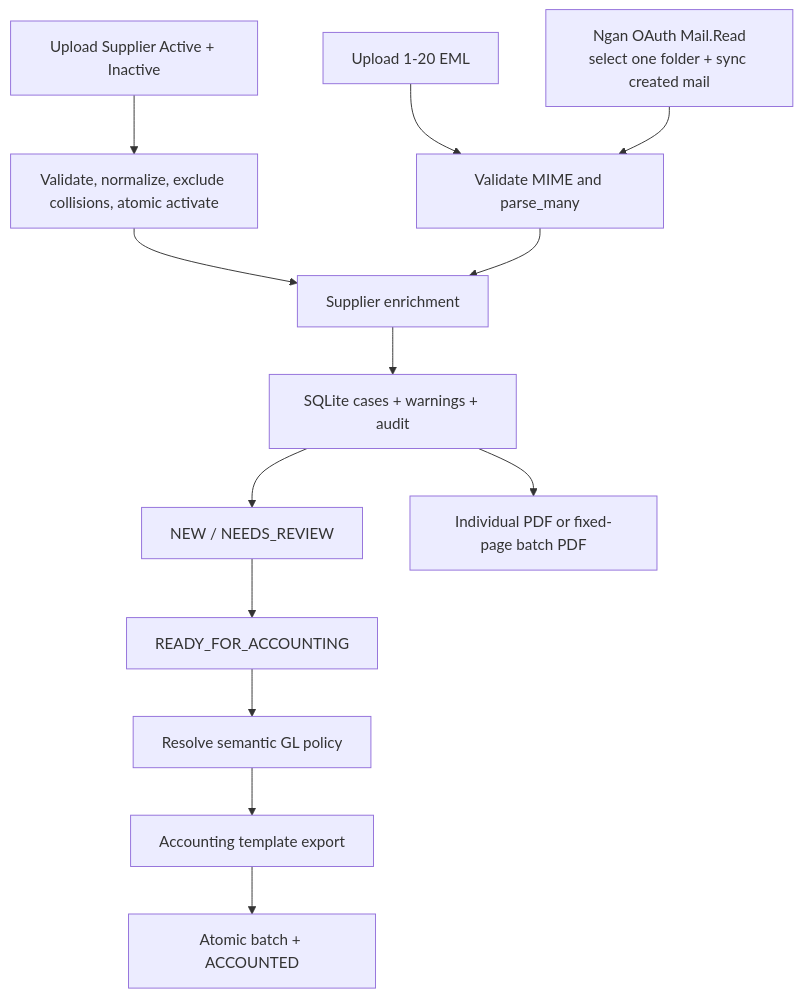
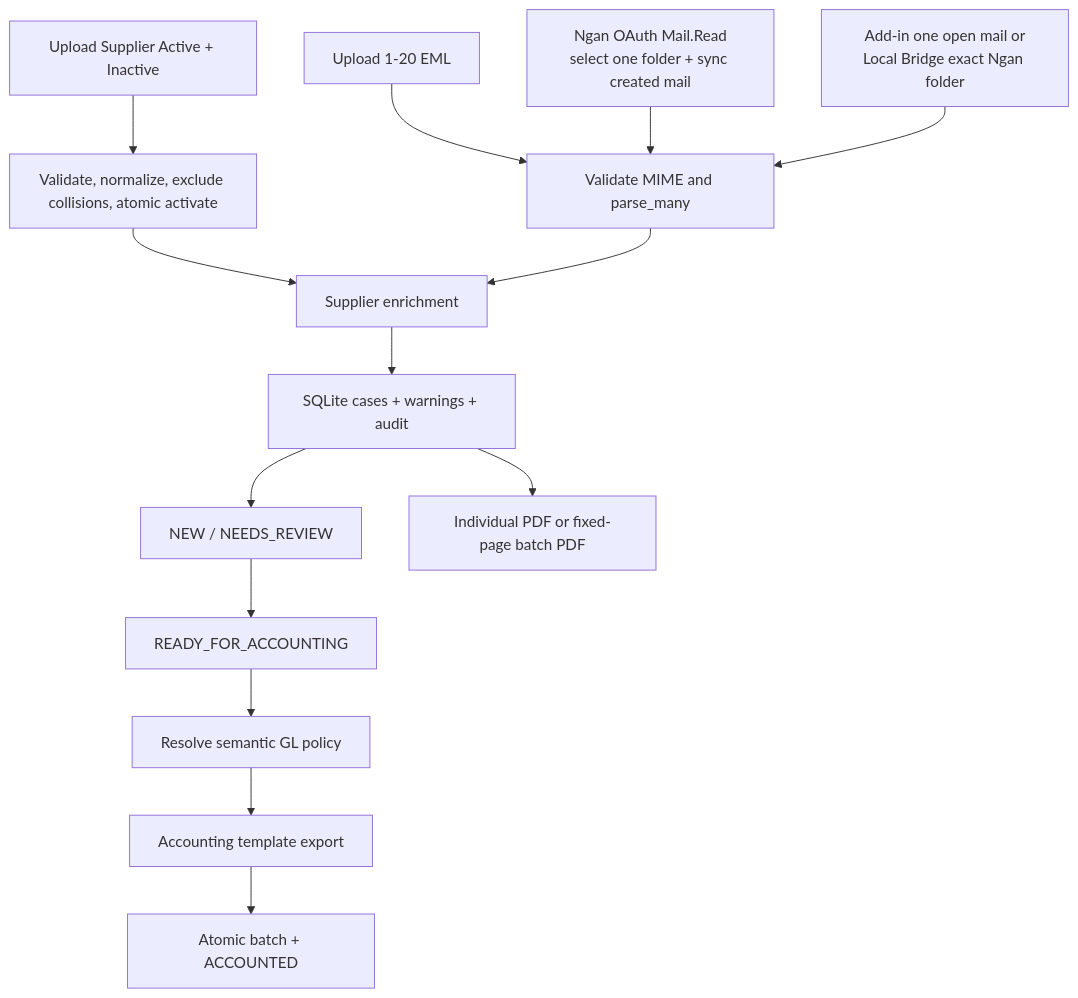
Before and after one commit to AnhLNQ2202/DEN-BU-HU-HONG-THIET-BI: the second of 4 diagrams in PROJECT_CONTEXT.md, drawn with Mermaid. The commit also changed other lines of this file and 47 other files, not shown here.

Commit message:
feat: add Outlook add-in and local bridge

````diff
--- a/PROJECT_CONTEXT.md
+++ b/PROJECT_CONTEXT.md
@@ -189,15 +203,16 @@
 ```mermaid
 flowchart TD
     SUP["Upload Supplier Active + Inactive"] --> DIR["Validate, normalize, exclude collisions, atomic activate"]
     EML["Upload 1-20 EML"] --> PARSE["Validate MIME and parse_many"]
     M365["Ngan OAuth Mail.Read\nselect one folder + sync created mail"] --> PARSE
+    COMP["Add-in one open mail or\nLocal Bridge exact Ngan folder"] --> PARSE
     DIR --> ENRICH["Supplier enrichment"]
     PARSE --> ENRICH
     ENRICH --> CASES["SQLite cases + warnings + audit"]
     CASES --> REVIEW["NEW / NEEDS_REVIEW"]
     REVIEW --> READY["READY_FOR_ACCOUNTING"]
     READY --> POLICY["Resolve semantic GL policy"]
     POLICY --> XLS["Accounting template export"]
     XLS --> ACCOUNTED["Atomic batch + ACCOUNTED"]
     CASES --> PDF["Individual PDF or fixed-page batch PDF"]
 ```
````
